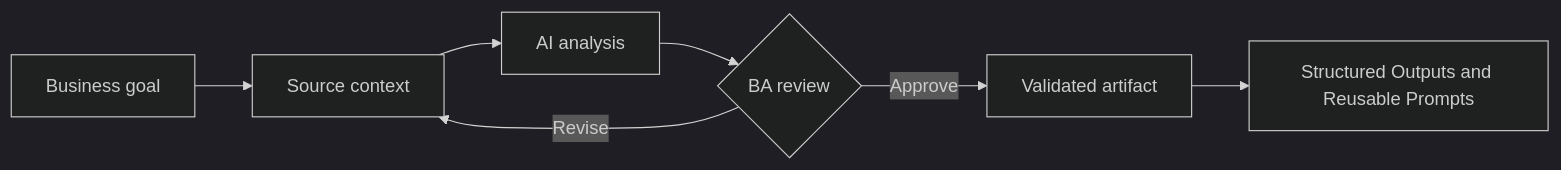
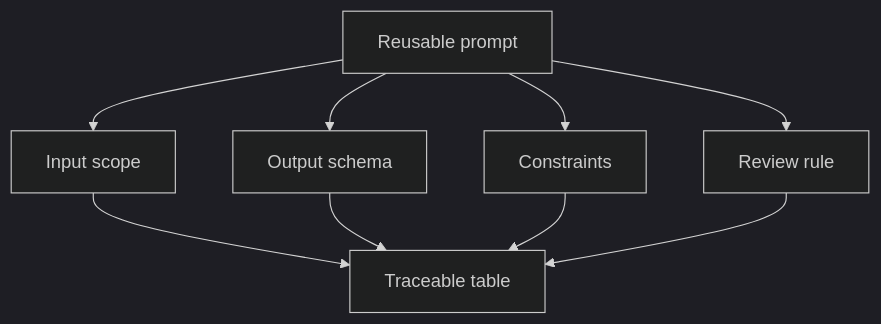
The diagram in docs/en/lessons/structured-outputs-and-reusable-prompts/index.md (anhtnt90dev/ai-for-ba), drawn with Mermaid (dark theme) before and after one commit. The commit also changed other lines of this file and 64 other files, not shown here.

````diff
--- a/docs/en/lessons/structured-outputs-and-reusable-prompts/index.md
+++ b/docs/en/lessons/structured-outputs-and-reusable-prompts/index.md
@@ -39,9 +38,11 @@
 ```mermaid
-flowchart LR
-    A["Business goal"] --> B["Source context"]
-    B --> C["AI analysis"]
-    C --> D{"BA review"}
-    D -->|"Revise"| B
-    D -->|"Approve"| E["Validated artifact"]
-    E --> F["Structured Outputs and Reusable Prompts"]
+flowchart TD
+    A["Reusable prompt"] --> B["Input scope"]
+    A --> C["Output schema"]
+    A --> D["Constraints"]
+    A --> E["Review rule"]
+    B --> F["Traceable table"]
+    C --> F
+    D --> F
+    E --> F
 ```
````
